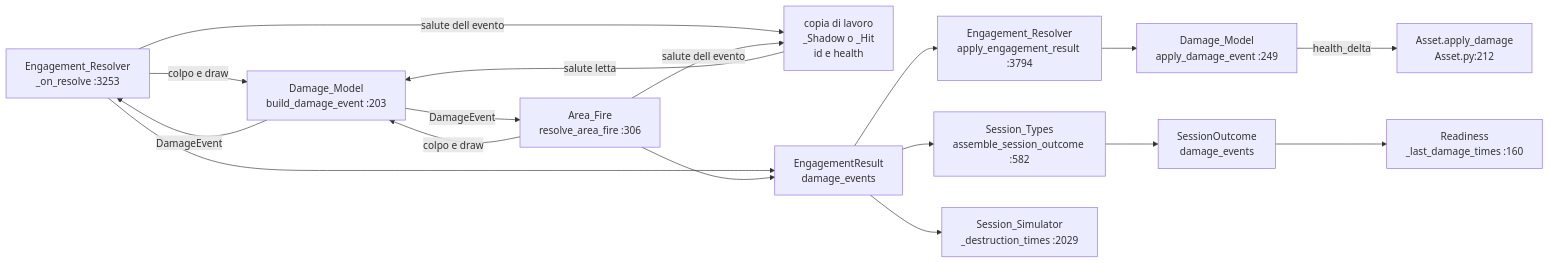
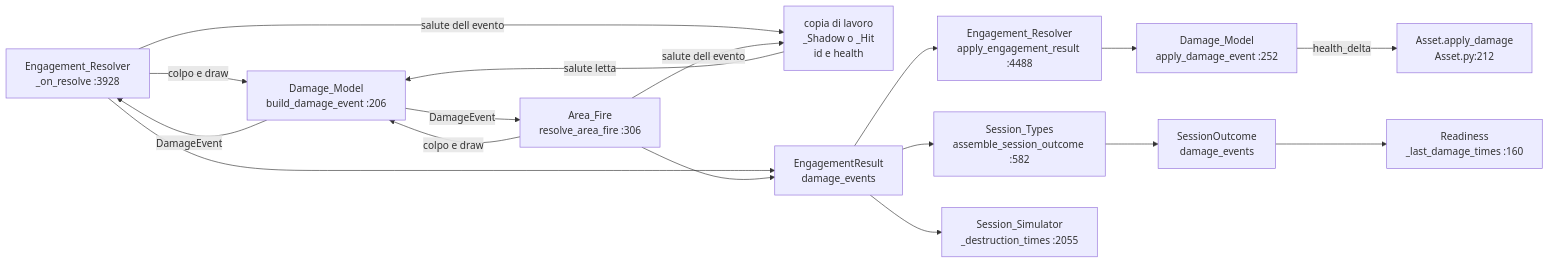
One commit to MakusIV/Warfare-Model changed diagram 15 of 20 in Analysis/Document/Manuale_Motore_DES/11c_Atlante_Porte_Campagna.md. Above: the diagram before and after it, drawn with Mermaid. The commit also changed other lines of this file and 8 other files, not shown here.

````diff
--- a/Analysis/Document/Manuale_Motore_DES/11c_Atlante_Porte_Campagna.md
+++ b/Analysis/Document/Manuale_Motore_DES/11c_Atlante_Porte_Campagna.md
@@ -868,32 +868,32 @@
 ```mermaid
 flowchart LR
-    ERB["Engagement_Resolver<br/>_on_resolve :3253"]
+    ERB["Engagement_Resolver<br/>_on_resolve :3928"]
     AFB["Area_Fire<br/>resolve_area_fire :306"]
-    DMB["Damage_Model<br/>build_damage_event :203"]
+    DMB["Damage_Model<br/>build_damage_event :206"]
     SHD["copia di lavoro<br/>_Shadow o _Hit<br/>id e health"]
     ERES["EngagementResult<br/>damage_events"]
-    APP["Engagement_Resolver<br/>apply_engagement_result :3794"]
-    DMA["Damage_Model<br/>apply_damage_event :249"]
+    APP["Engagement_Resolver<br/>apply_engagement_result :4488"]
+    DMA["Damage_Model<br/>apply_damage_event :252"]
     AST["Asset.apply_damage<br/>Asset.py:212"]
     ASM["Session_Types<br/>assemble_session_outcome :582"]
     SOU["SessionOutcome<br/>damage_events"]
     RDL["Readiness<br/>_last_damage_times :160"]
-    SSD["Session_Simulator<br/>_destruction_times :2029"]
+    SSD["Session_Simulator<br/>_destruction_times :2055"]
 
     SHD -->|"salute letta"| DMB
     ERB -->|"colpo e draw"| DMB
     AFB -->|"colpo e draw"| DMB
     DMB -->|"DamageEvent"| ERB
     DMB -->|"DamageEvent"| AFB
     ERB -->|"salute dell evento"| SHD
     AFB -->|"salute dell evento"| SHD
     ERB --> ERES
     AFB --> ERES
     ERES --> APP
     APP --> DMA
     DMA -->|"health_delta"| AST
     ERES --> ASM
     ASM --> SOU
     SOU --> RDL
     ERES --> SSD
 ```
````
